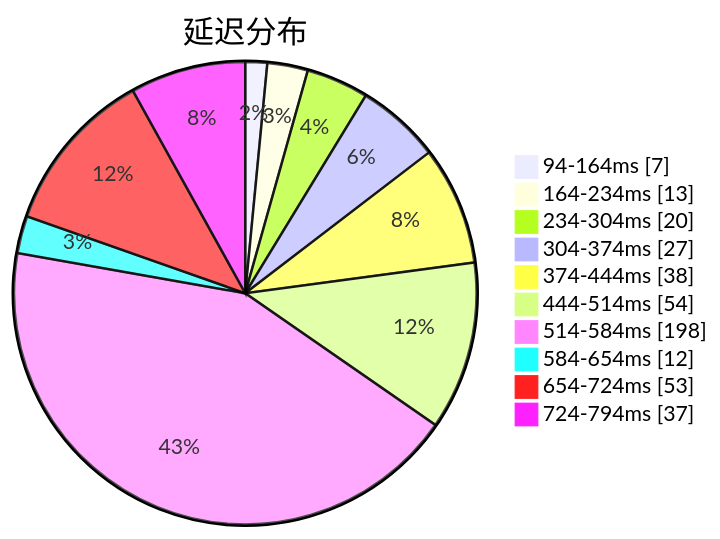
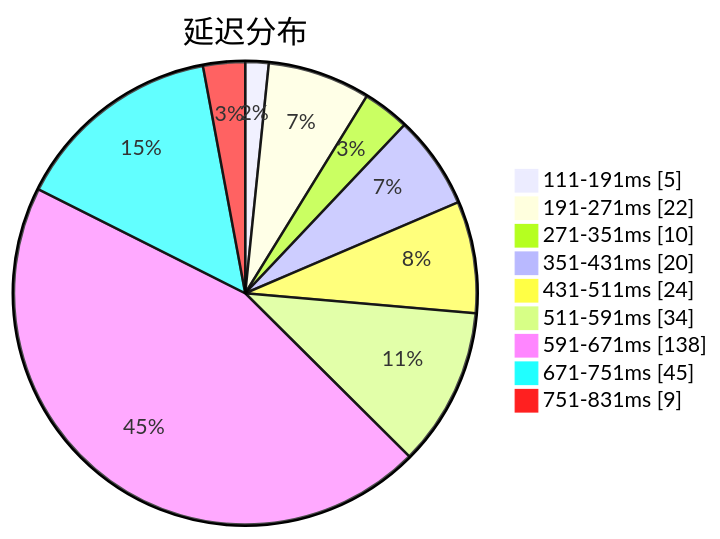
One commit to sinspired/airport changed the first of 3 diagrams in subs/statistics/tested_within.md. Above: the diagram before and after it, drawn with Mermaid. The commit also changed other lines of this file and 2 other files, not shown here.

````diff
--- a/subs/statistics/tested_within.md
+++ b/subs/statistics/tested_within.md
@@ -2,14 +2,13 @@
 ```mermaid
 pie showData
 title 延迟分布
-"94-164ms" : 7
-"164-234ms" : 13
-"234-304ms" : 20
-"304-374ms" : 27
-"374-444ms" : 38
-"444-514ms" : 54
-"514-584ms" : 198
-"584-654ms" : 12
-"654-724ms" : 53
-"724-794ms" : 37
+"111-191ms" : 5
+"191-271ms" : 22
+"271-351ms" : 10
+"351-431ms" : 20
+"431-511ms" : 24
+"511-591ms" : 34
+"591-671ms" : 138
+"671-751ms" : 45
+"751-831ms" : 9
 ```
````
